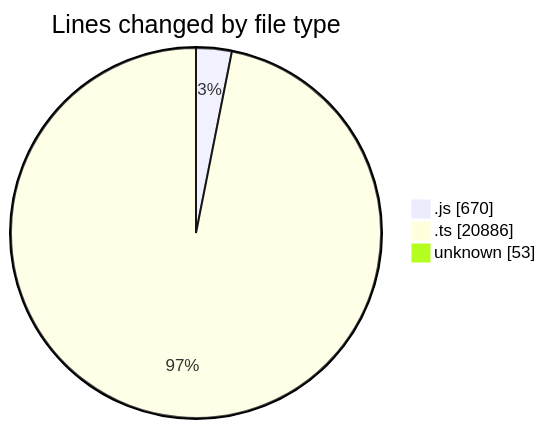
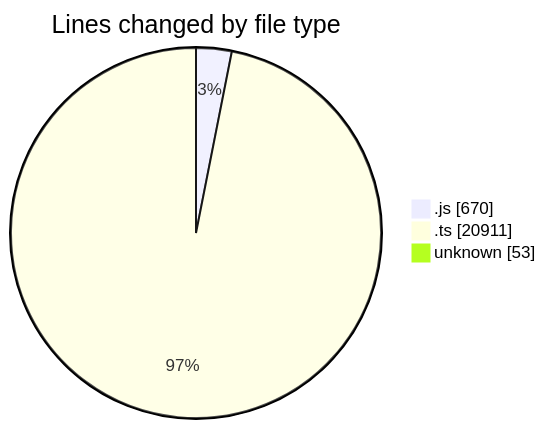
The first of 2 diagrams in 2026-08-21/cda/README.md (momahboobian/code-tracking), drawn with Mermaid before and after one commit. The commit also changed other lines of this file and 1 other file, not shown here.

````diff
--- a/2026-08-21/cda/README.md
+++ b/2026-08-21/cda/README.md
@@ -34,7 +34,7 @@
 ```mermaid
 pie showData
 title Lines changed by file type
 ".js" : 670
-".ts" : 20886
+".ts" : 20911
 "unknown" : 53
 ```
````
